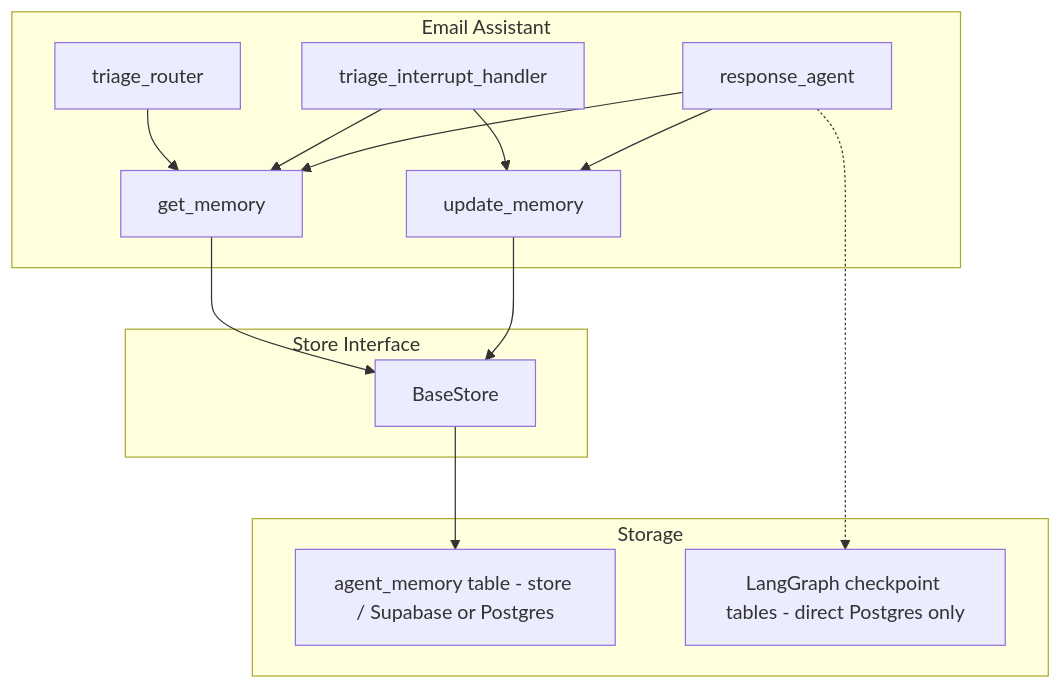
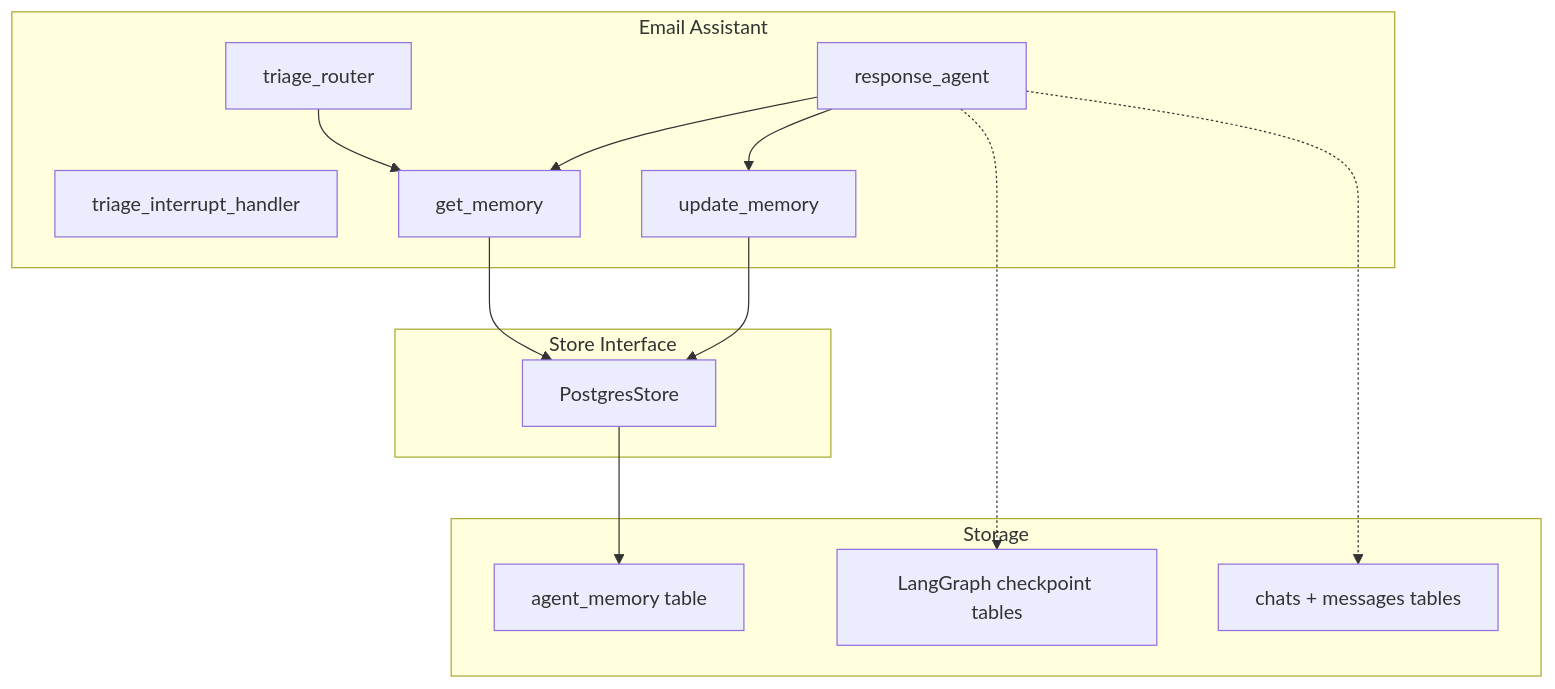
One commit to Nagdy8888/email_assist_draft changed the third of 3 diagrams in .cursor/plans/email_agent_phased_implementation_d99ca526.plan.md. Above: the diagram before and after it, drawn with Mermaid. The commit also changed other lines of this file and 23 other files, not shown here.

First line of the commit message:
Enhance email assistant architecture and functionality for Phase 6/7

````diff
--- a/.cursor/plans/email_agent_phased_implementation_d99ca526.plan.md
+++ b/.cursor/plans/email_agent_phased_implementation_d99ca526.plan.md
@@ -395,26 +481,26 @@
 ```mermaid
 flowchart TB
   subgraph app [Email Assistant]
     triage_router
     triage_interrupt_handler
     response_agent
     memory_get[get_memory]
     memory_update[update_memory]
   end
   subgraph store_interface [Store Interface]
-    BaseStore
+    PostgresStore_node[PostgresStore]
   end
   subgraph db [Storage]
-    agent_memory[agent_memory table - store / Supabase or Postgres]
-    checkpoints[LangGraph checkpoint tables - direct Postgres only]
+    agent_memory["agent_memory table"]
+    checkpoints["LangGraph checkpoint tables"]
+    messages_table["chats + messages tables"]
   end
   triage_router --> memory_get
-  triage_interrupt_handler --> memory_get
-  triage_interrupt_handler --> memory_update
   response_agent --> memory_get
   response_agent --> memory_update
-  memory_get --> BaseStore
-  memory_update --> BaseStore
-  BaseStore --> agent_memory
+  memory_get --> PostgresStore_node
+  memory_update --> PostgresStore_node
+  PostgresStore_node --> agent_memory
   response_agent -.-> checkpoints
+  response_agent -.-> messages_table
 ```
````
